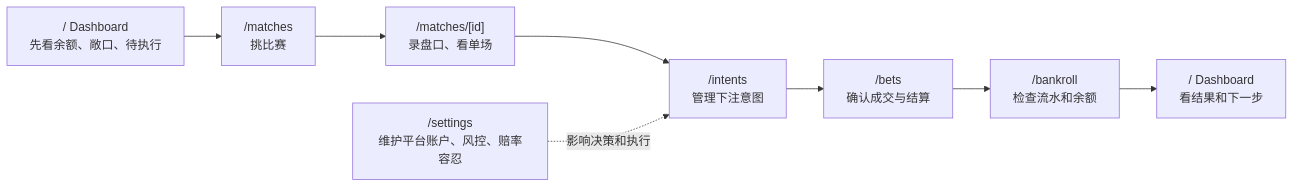
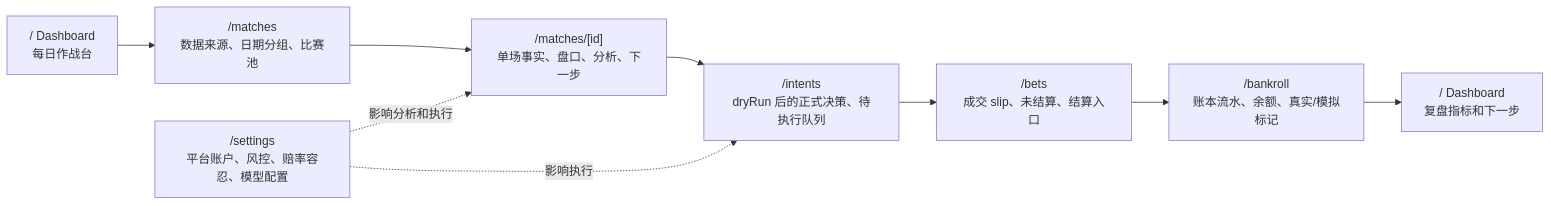
The second of 3 diagrams in docs/system-workflow.md (shiqkuangsan/wordcup-space), drawn with Mermaid before and after one commit. The commit also changed other lines of this file and 3 other files, not shown here.

````diff
--- a/docs/system-workflow.md
+++ b/docs/system-workflow.md
@@ -92,10 +99,11 @@
 ```mermaid
 flowchart LR
-  A["/ Dashboard<br/>先看余额、敞口、待执行"] --> B["/matches<br/>挑比赛"]
-  B --> C["/matches/[id]<br/>录盘口、看单场"]
-  C --> D["/intents<br/>管理下注意图"]
-  D --> E["/bets<br/>确认成交与结算"]
-  E --> F["/bankroll<br/>检查流水和余额"]
-  F --> G["/ Dashboard<br/>看结果和下一步"]
-  H["/settings<br/>维护平台账户、风控、赔率容忍"] -. "影响决策和执行" .-> D
+  A["/ Dashboard<br/>每日作战台"] --> B["/matches<br/>数据来源、日期分组、比赛池"]
+  B --> C["/matches/[id]<br/>单场事实、盘口、分析、下一步"]
+  C --> D["/intents<br/>dryRun 后的正式决策、待执行队列"]
+  D --> E["/bets<br/>成交 slip、未结算、结算入口"]
+  E --> F["/bankroll<br/>账本流水、余额、真实/模拟标记"]
+  F --> G["/ Dashboard<br/>复盘指标和下一步"]
+  H["/settings<br/>平台账户、风控、赔率容忍、模型配置"] -. "影响分析和执行" .-> C
+  H -. "影响执行" .-> D
 ```
````
